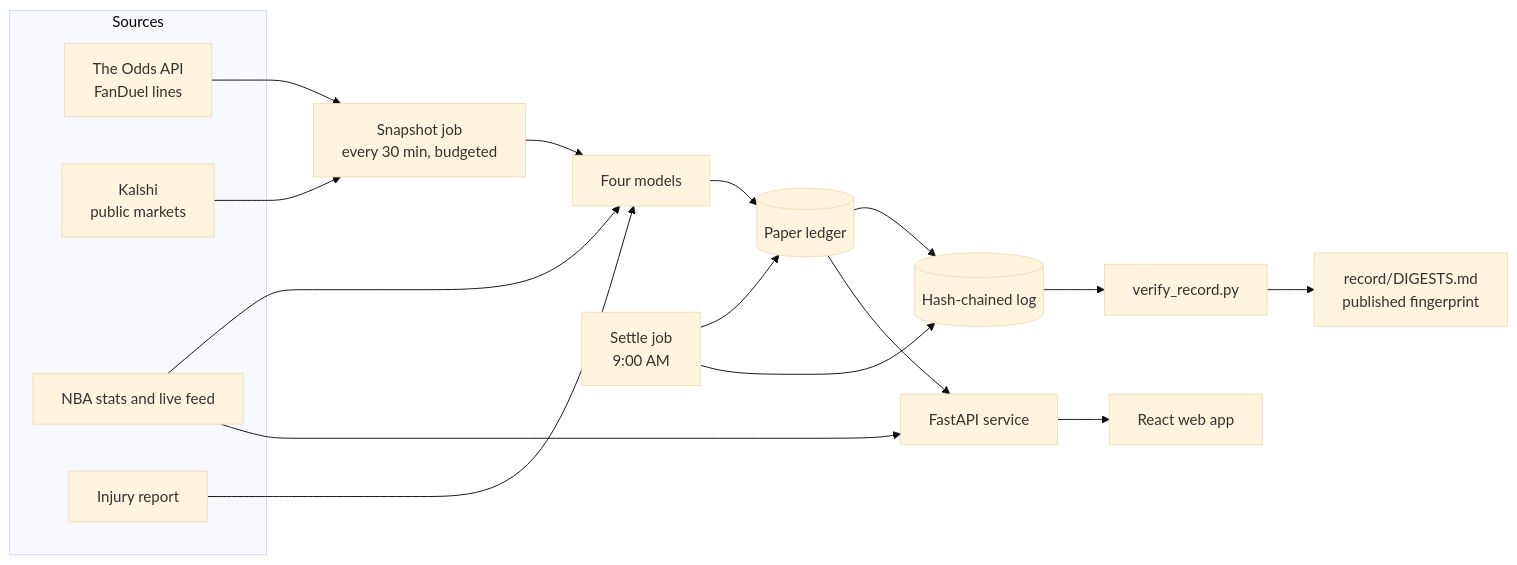
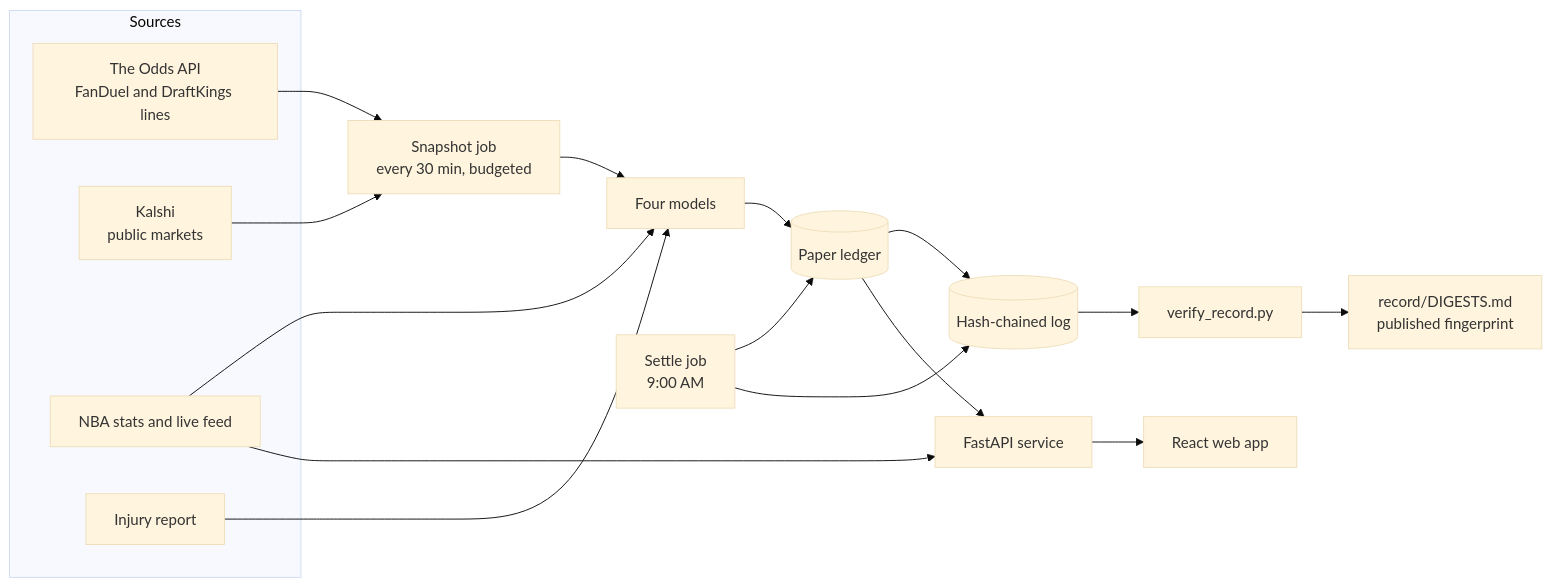
One commit to scottdmorris/edgefinder changed the diagram in README.md. Above: the diagram before and after it, drawn with Mermaid (base theme). The commit also changed other lines of this file and 17 other files, not shown here.

First line of the commit message:
feat: add DraftKings pricing and simplify prop details

````diff
--- a/README.md
+++ b/README.md
@@ -81,22 +83,22 @@
 ```mermaid
 flowchart LR
     subgraph Sources
-        OA[The Odds API<br>FanDuel lines]
+        OA[The Odds API<br>FanDuel and DraftKings lines]
         KA[Kalshi<br>public markets]
         NB[NBA stats and live feed]
         EI[Injury report]
     end
     SN[Snapshot job<br>every 30 min, budgeted] --> M[Four models]
     OA --> SN
     KA --> SN
     NB --> M
     EI --> M
     M --> L[(Paper ledger)]
     L --> C[(Hash-chained log)]
     ST[Settle job<br>9:00 AM] --> L
     ST --> C
     L --> API[FastAPI service]
     NB --> API
     API --> WEB[React web app]
     C --> V[verify_record.py] --> D[record/DIGESTS.md<br>published fingerprint]
 ```
````
